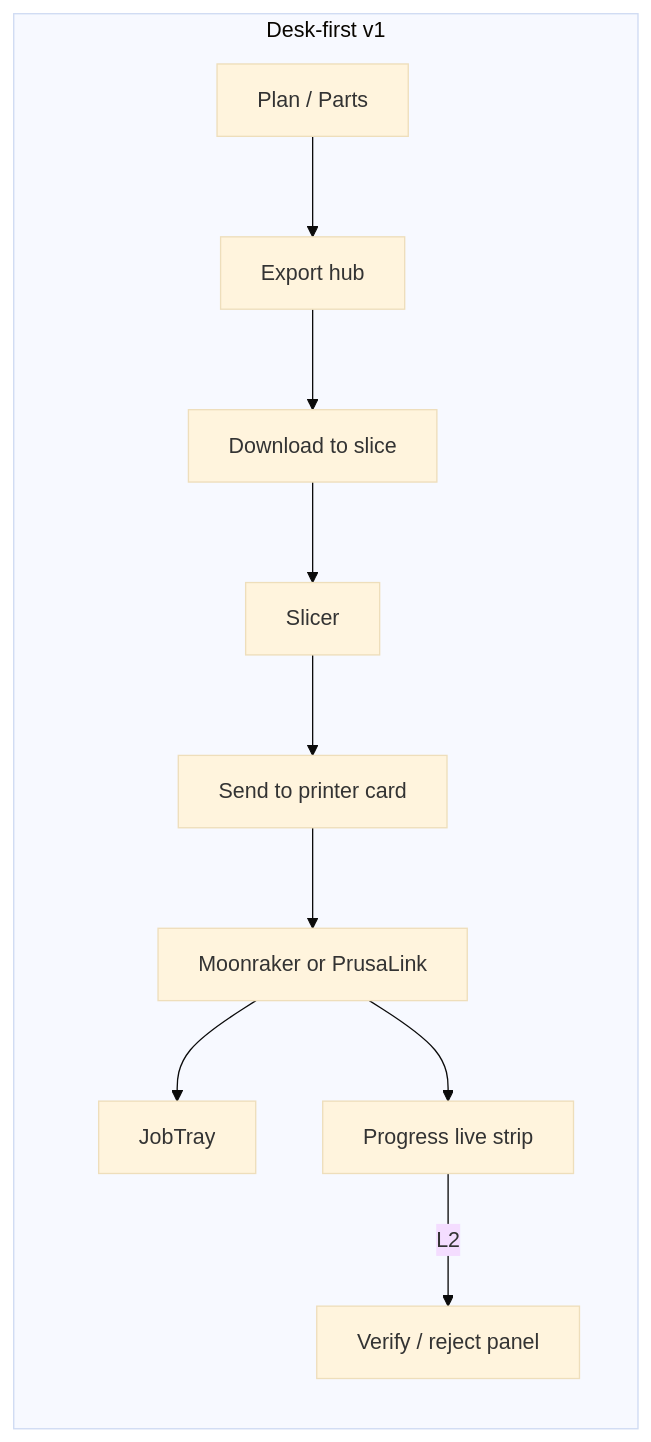
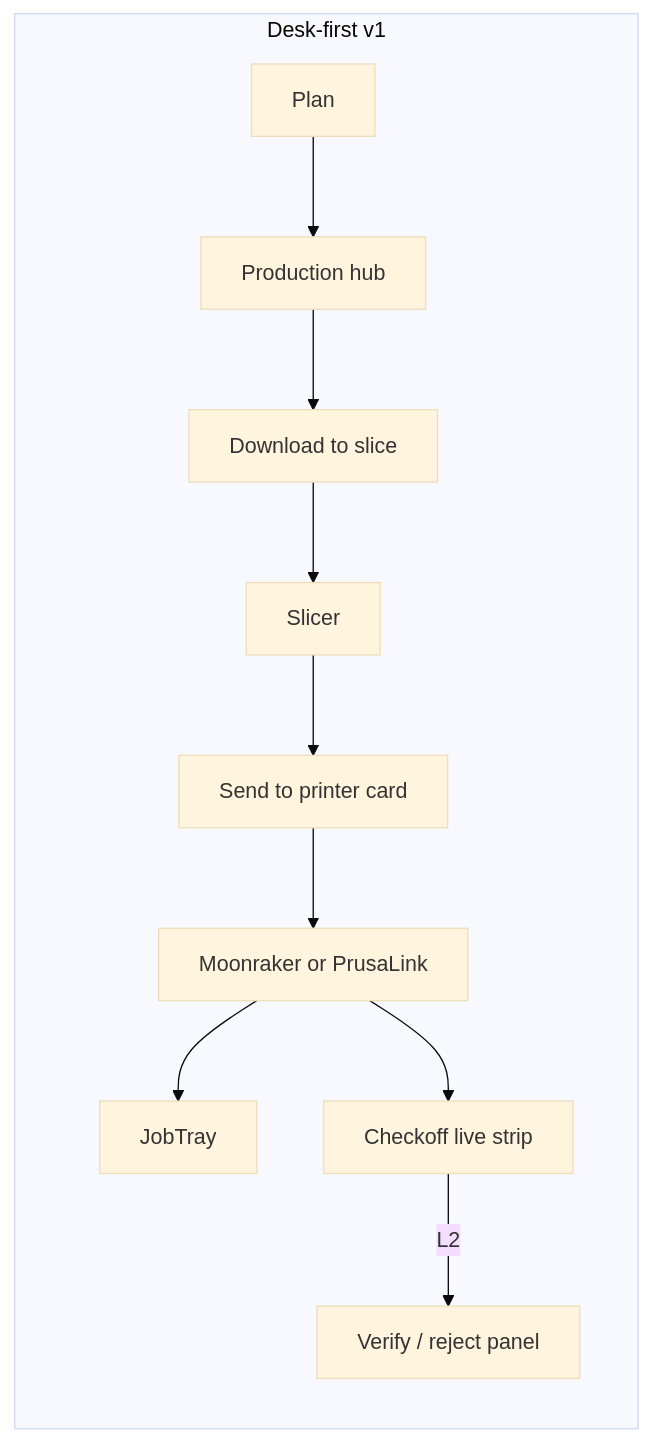
One commit to poitee/PrintPartnerPartner changed the second of 3 diagrams in docs/integrations/PRINTER_UX.md. Above: the diagram before and after it, drawn with Mermaid (base theme). The commit also changed other lines of this file and 15 other files, not shown here.

First line of the commit message:
docs: align public guides with Builds → Sources → Plan → Checkoff → Production

````diff
--- a/docs/integrations/PRINTER_UX.md
+++ b/docs/integrations/PRINTER_UX.md
@@ -26,13 +26,13 @@
 ```mermaid
 flowchart LR
   subgraph v1 [Desk-first v1]
-    Plan2[Plan / Parts] --> Exp2[Export hub]
+    Plan2[Plan] --> Exp2[Production hub]
     Exp2 --> DL2[Download to slice]
     DL2 --> Slicer2[Slicer]
     Slicer2 --> Upload[Send to printer card]
     Upload --> Host[Moonraker or PrusaLink]
     Host --> Tray[JobTray]
-    Host --> Prog2[Progress live strip]
+    Host --> Prog2[Checkoff live strip]
     Prog2 -->|L2| Verify[Verify / reject panel]
   end
 ```
````
